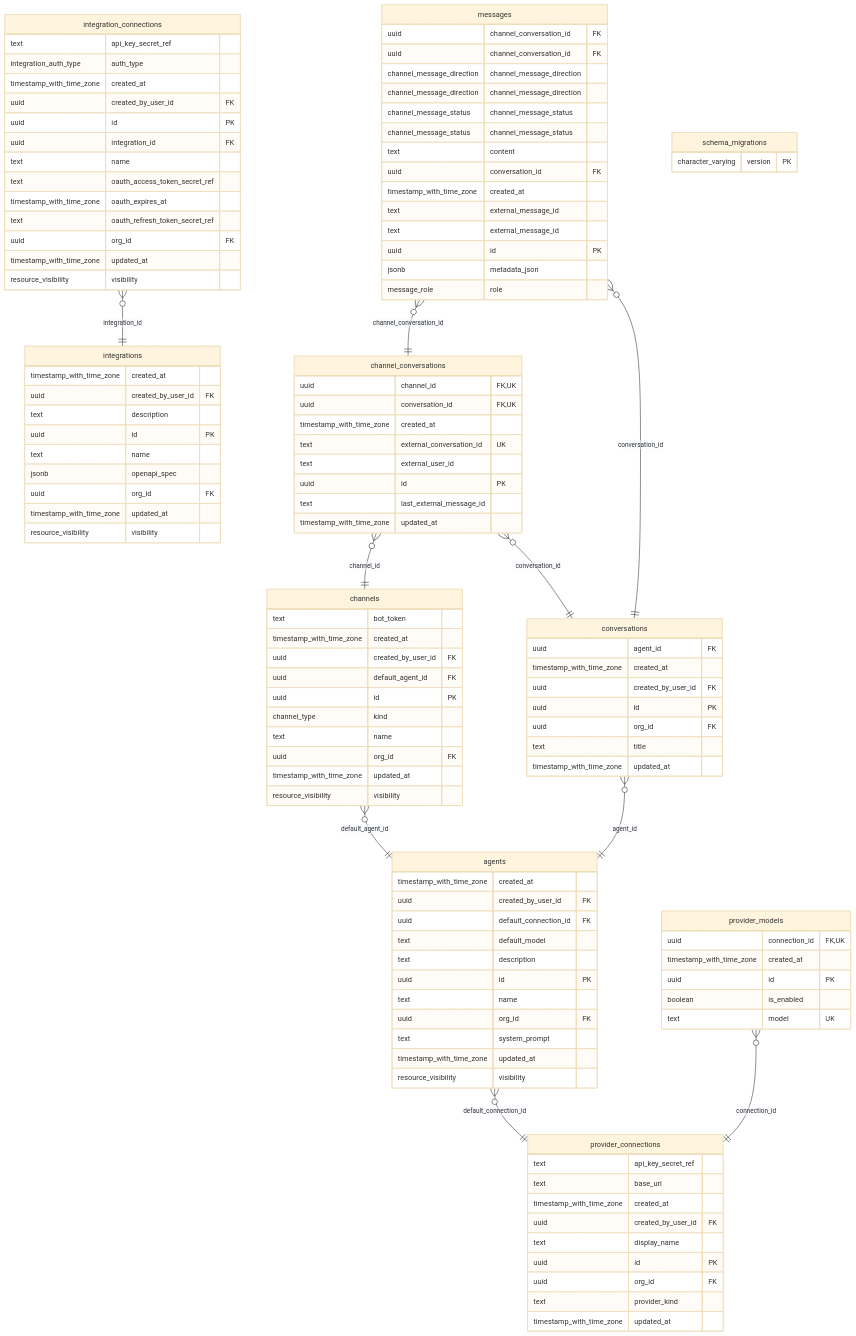
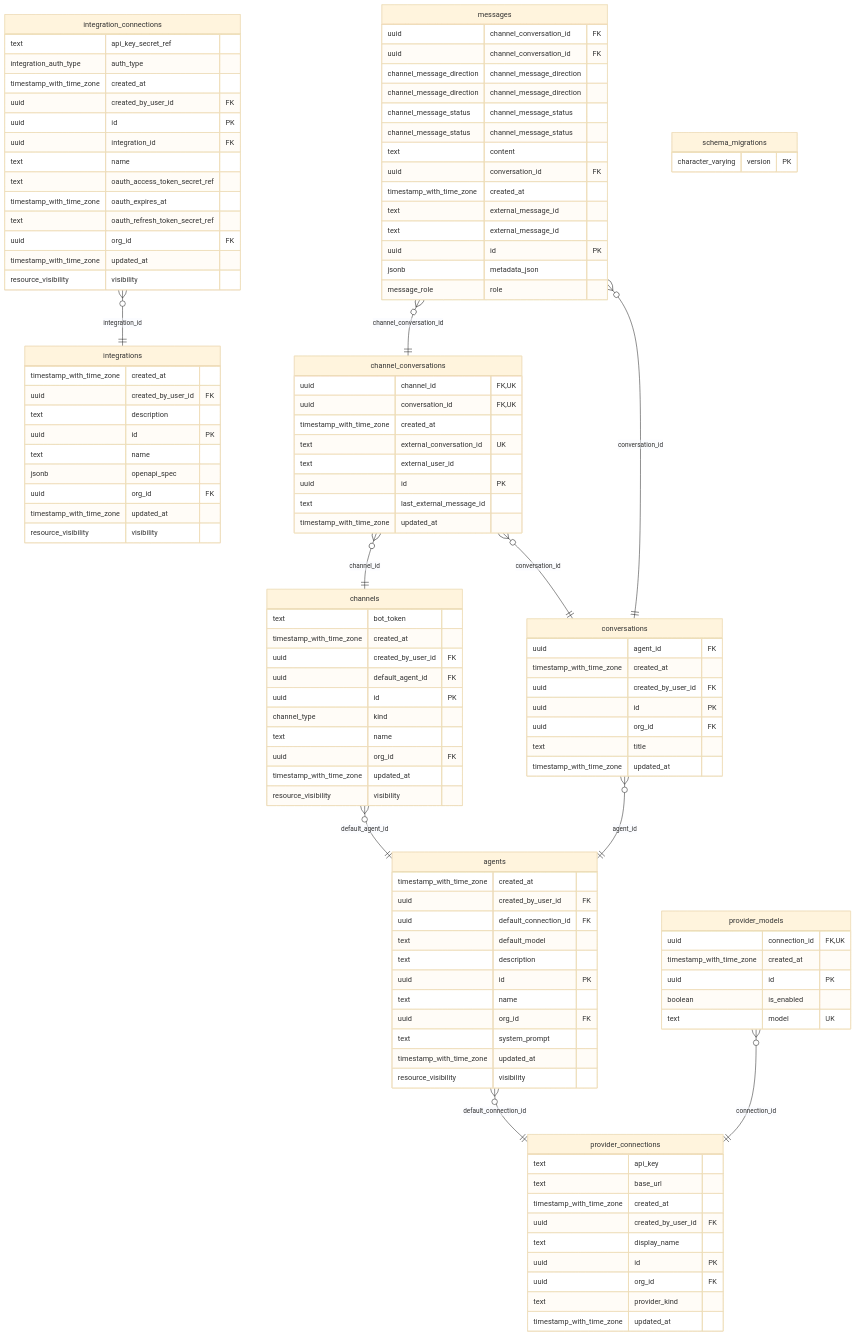
The third of 3 diagrams in crates/db/README.md (purton-tech/agent-octo), drawn with Mermaid (base theme) before and after one commit. The commit also changed 2 other files, not shown here.

Commit message:
API key goes in

```diff
--- a/crates/db/README.md
+++ b/crates/db/README.md
@@ -195,7 +195,7 @@
     }
 
     provider_connections {
-        text api_key_secret_ref 
+        text api_key 
         text base_url 
         timestamp_with_time_zone created_at 
         uuid created_by_user_id FK 
```
